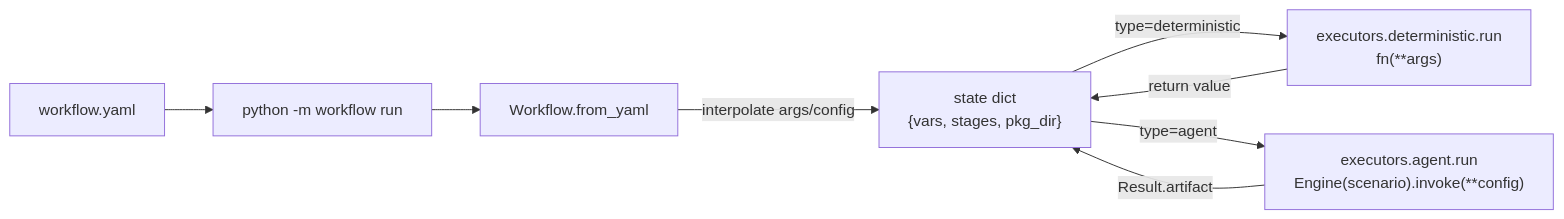
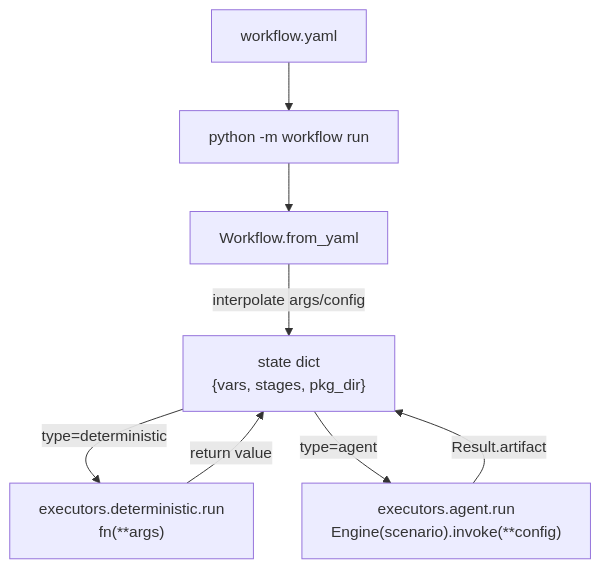
Before and after one commit to AndyUneducated/alchemy: the diagram in play/workflow/README.md, drawn with Mermaid. The commit also changed other lines of this file and 14 other files, not shown here.

````diff
--- a/play/workflow/README.md
+++ b/play/workflow/README.md
@@ -76,13 +76,13 @@
 ```mermaid
-flowchart LR
+flowchart TB
     yaml["workflow.yaml"]
     cli["python -m workflow run"]
     wf["Workflow.from_yaml"]
     state["state dict<br/>{vars, stages, pkg_dir}"]
     yaml --> cli --> wf
     wf -->|"interpolate args/config"| state
     state -->|"type=deterministic"| det["executors.deterministic.run<br/>fn(**args)"]
     state -->|"type=agent"| agt["executors.agent.run<br/>Engine(scenario).invoke(**config)"]
     det -->|"return value"| state
     agt -->|"Result.artifact"| state
 ```
````
